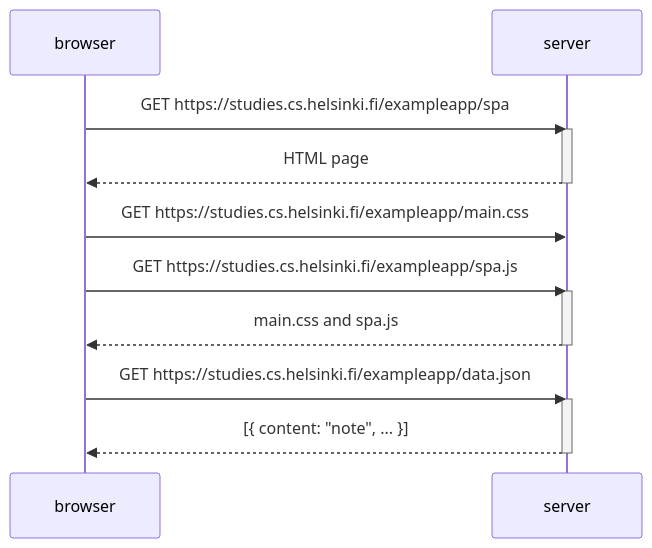
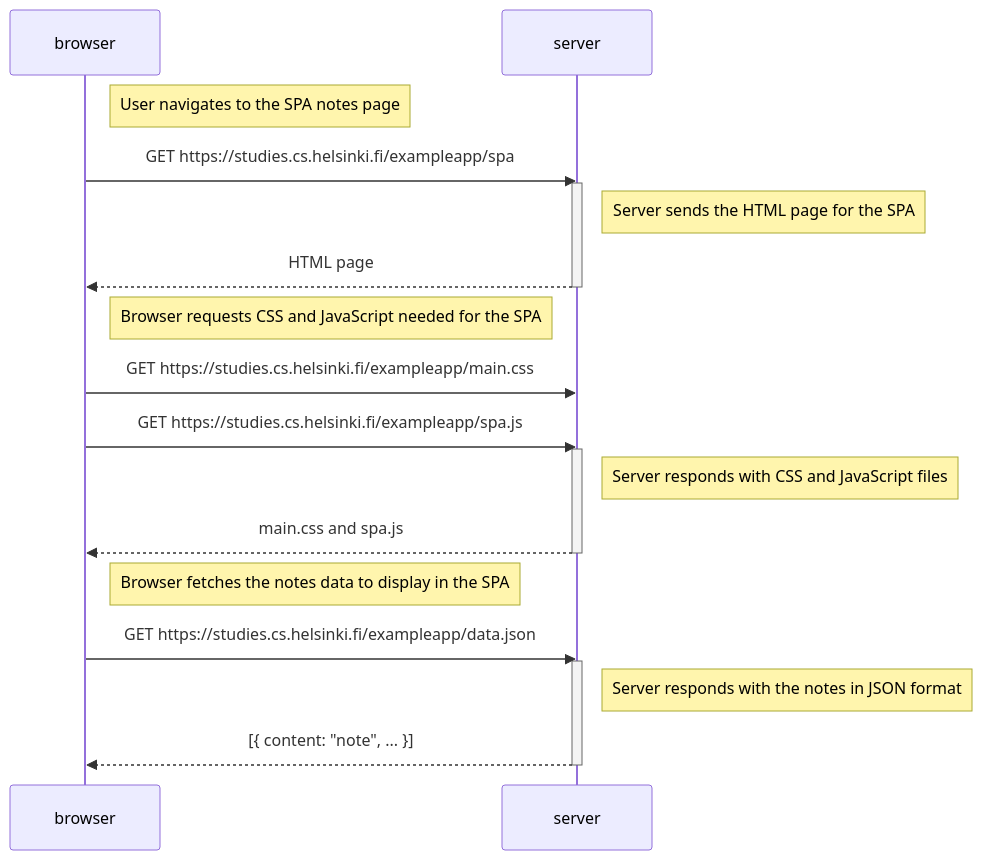
One commit to cesarlpzdj/fso-submission changed the diagram in part0/spa.md. Above: the diagram before and after it, drawn with Mermaid. The commit also changed 2 other files, not shown here.

Commit message:
Added notes to diagrams

````diff
--- a/part0/spa.md
+++ b/part0/spa.md
@@ -1,22 +1,31 @@
 ```mermaid
 sequenceDiagram
 
     participant browser
     participant server
 
+    Note right of browser: User navigates to the SPA notes page
+
     browser->>server: GET https://studies.cs.helsinki.fi/exampleapp/spa
     activate server
+    Note right of server: Server sends the HTML page for the SPA
     server-->>browser: HTML page
     deactivate server
+
+    Note right of browser: Browser requests CSS and JavaScript needed for the SPA
 
     browser->>server: GET https://studies.cs.helsinki.fi/exampleapp/main.css
     browser->>server: GET https://studies.cs.helsinki.fi/exampleapp/spa.js
     activate server
+    Note right of server: Server responds with CSS and JavaScript files
     server-->>browser: main.css and spa.js
     deactivate server
     
+    Note right of browser: Browser fetches the notes data to display in the SPA
+
     browser->>server: GET https://studies.cs.helsinki.fi/exampleapp/data.json
     activate server
+    Note right of server: Server responds with the notes in JSON format
     server-->>browser: [{ content: "note", ... }]
     deactivate server
 ```
````
